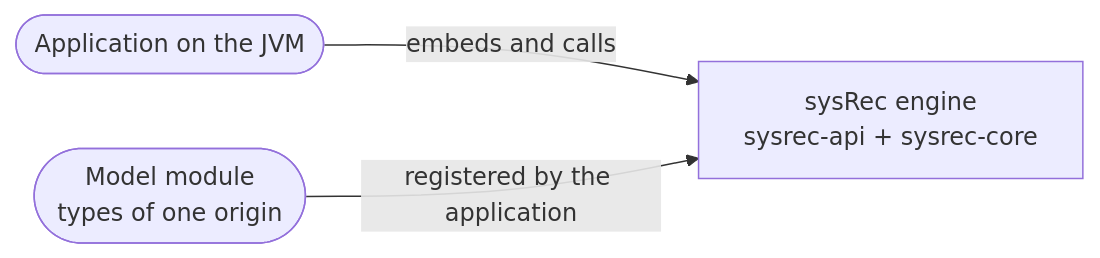
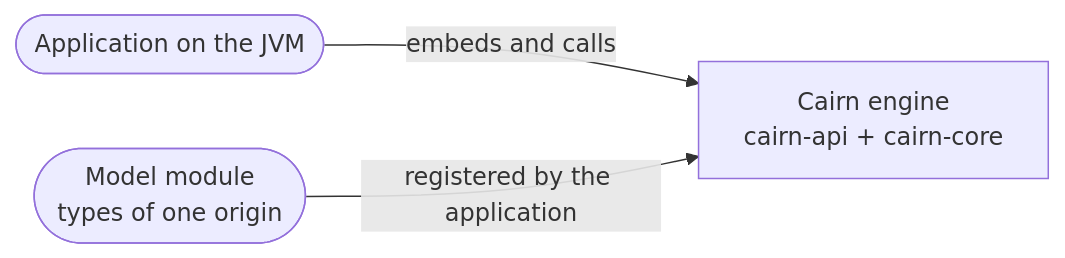
Before and after one commit to enricoag1982/Cairn: the first of 2 diagrams in docs/architecture/README.md, drawn with Mermaid. The commit also changed other lines of this file and 152 other files, not shown here.

First line of the commit message:
refactor: rename the project from sysRec to Cairn

````diff
--- a/docs/architecture/README.md
+++ b/docs/architecture/README.md
@@ -33,5 +33,5 @@
 ```mermaid
 flowchart LR
-    app([Application on the JVM]) -->|embeds and calls| sysrec[sysRec engine<br/>sysrec-api + sysrec-core]
-    model([Model module<br/>types of one origin]) -->|registered by the application| sysrec
+    app([Application on the JVM]) -->|embeds and calls| cairn[Cairn engine<br/>cairn-api + cairn-core]
+    model([Model module<br/>types of one origin]) -->|registered by the application| cairn
 ```
````
